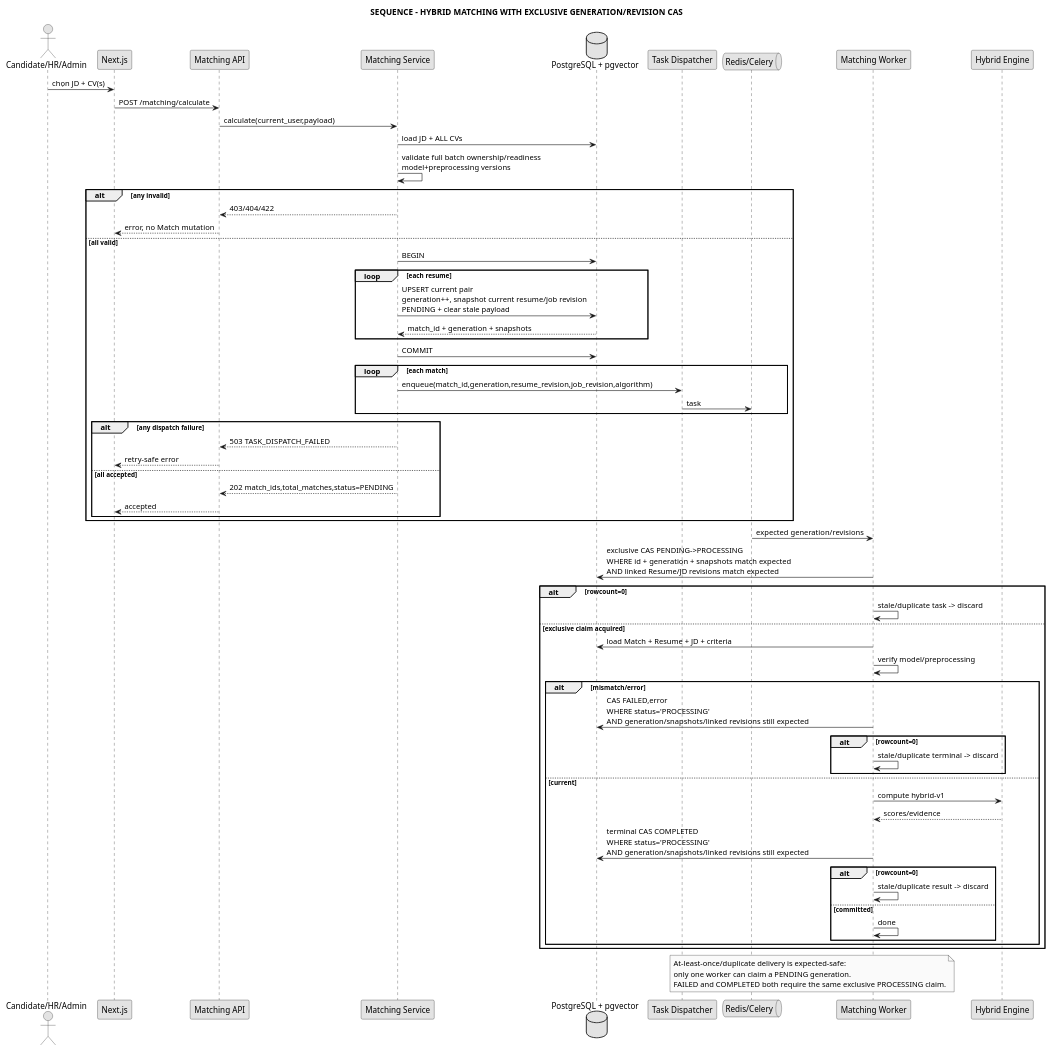
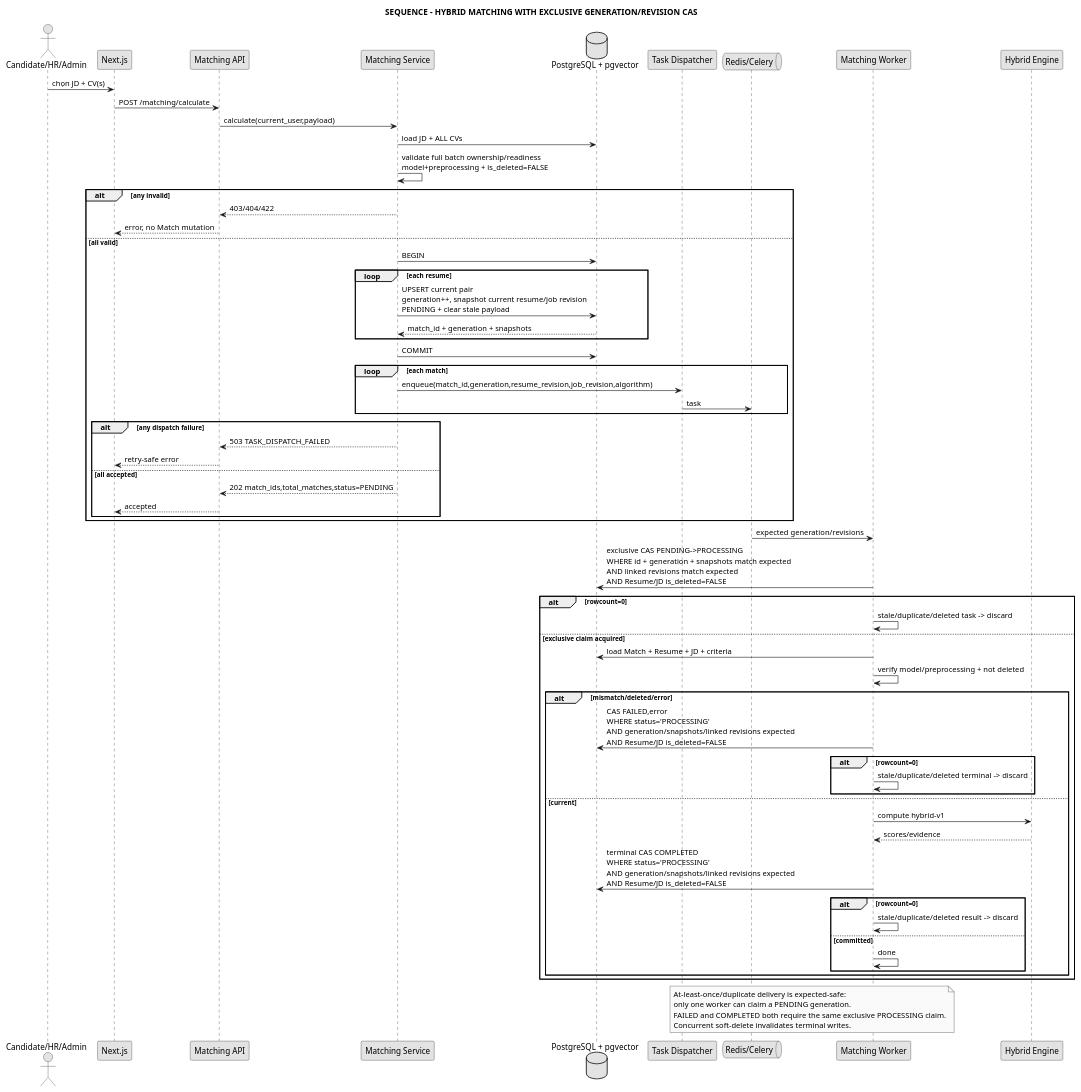
Before and after one commit to anh632k-ui/WebCVUngVienTuyenDung: the diagram in docs/04_sequence/seq_matching.puml, drawn with PlantUML.

Commit message:
docs(sequence): guard matching worker against concurrent soft delete

```diff
--- a/docs/04_sequence/seq_matching.puml
+++ b/docs/04_sequence/seq_matching.puml
@@ -1,73 +1,74 @@
 @startuml
 skinparam monochrome true
 skinparam shadowing false
 title SEQUENCE - HYBRID MATCHING WITH EXCLUSIVE GENERATION/REVISION CAS
 
 actor "Candidate/HR/Admin" as User
 participant "Next.js" as FE
 participant "Matching API" as API
 participant "Matching Service" as Service
 database "PostgreSQL + pgvector" as DB
 participant "Task Dispatcher" as Dispatcher
 queue "Redis/Celery" as Queue
 participant "Matching Worker" as Worker
 participant "Hybrid Engine" as Engine
 
 User -> FE : chọn JD + CV(s)
 FE -> API : POST /matching/calculate
 API -> Service : calculate(current_user,payload)
 Service -> DB : load JD + ALL CVs
-Service -> Service : validate full batch ownership/readiness\nmodel+preprocessing versions
+Service -> Service : validate full batch ownership/readiness\nmodel+preprocessing + is_deleted=FALSE
 alt any invalid
   Service --> API : 403/404/422
   API --> FE : error, no Match mutation
 else all valid
   Service -> DB : BEGIN
   loop each resume
     Service -> DB : UPSERT current pair\ngeneration++, snapshot current resume/job revision\nPENDING + clear stale payload
     DB --> Service : match_id + generation + snapshots
   end
   Service -> DB : COMMIT
   loop each match
     Service -> Dispatcher : enqueue(match_id,generation,resume_revision,job_revision,algorithm)
     Dispatcher -> Queue : task
   end
   alt any dispatch failure
     Service --> API : 503 TASK_DISPATCH_FAILED
     API --> FE : retry-safe error
   else all accepted
     Service --> API : 202 match_ids,total_matches,status=PENDING
     API --> FE : accepted
   end
 end
 
 Queue -> Worker : expected generation/revisions
-Worker -> DB : exclusive CAS PENDING->PROCESSING\nWHERE id + generation + snapshots match expected\nAND linked Resume/JD revisions match expected
+Worker -> DB : exclusive CAS PENDING->PROCESSING\nWHERE id + generation + snapshots match expected\nAND linked revisions match expected\nAND Resume/JD is_deleted=FALSE
 alt rowcount=0
-  Worker -> Worker : stale/duplicate task -> discard
+  Worker -> Worker : stale/duplicate/deleted task -> discard
 else exclusive claim acquired
   Worker -> DB : load Match + Resume + JD + criteria
-  Worker -> Worker : verify model/preprocessing
-  alt mismatch/error
-    Worker -> DB : CAS FAILED,error\nWHERE status='PROCESSING'\nAND generation/snapshots/linked revisions still expected
+  Worker -> Worker : verify model/preprocessing + not deleted
+  alt mismatch/deleted/error
+    Worker -> DB : CAS FAILED,error\nWHERE status='PROCESSING'\nAND generation/snapshots/linked revisions expected\nAND Resume/JD is_deleted=FALSE
     alt rowcount=0
-      Worker -> Worker : stale/duplicate terminal -> discard
+      Worker -> Worker : stale/duplicate/deleted terminal -> discard
     end
   else current
     Worker -> Engine : compute hybrid-v1
     Engine --> Worker : scores/evidence
-    Worker -> DB : terminal CAS COMPLETED\nWHERE status='PROCESSING'\nAND generation/snapshots/linked revisions still expected
+    Worker -> DB : terminal CAS COMPLETED\nWHERE status='PROCESSING'\nAND generation/snapshots/linked revisions expected\nAND Resume/JD is_deleted=FALSE
     alt rowcount=0
-      Worker -> Worker : stale/duplicate result -> discard
+      Worker -> Worker : stale/duplicate/deleted result -> discard
     else committed
       Worker -> Worker : done
     end
   end
 end
 
 note over Queue,Worker
 At-least-once/duplicate delivery is expected-safe:
 only one worker can claim a PENDING generation.
 FAILED and COMPLETED both require the same exclusive PROCESSING claim.
+Concurrent soft-delete invalidates terminal writes.
 end note
 @enduml
```
